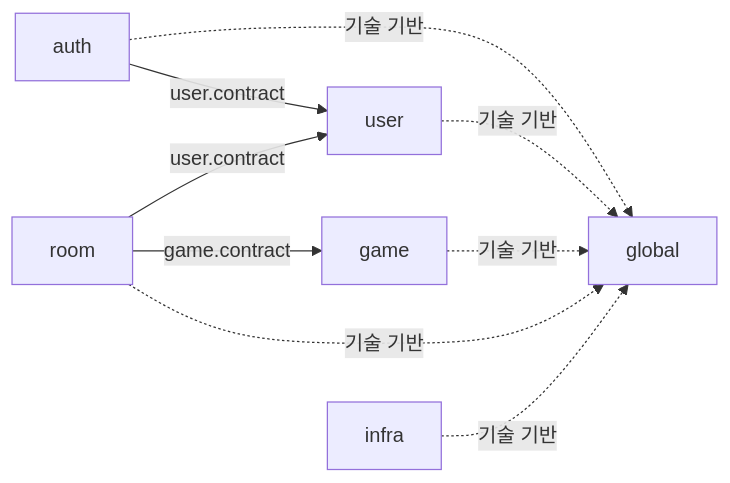
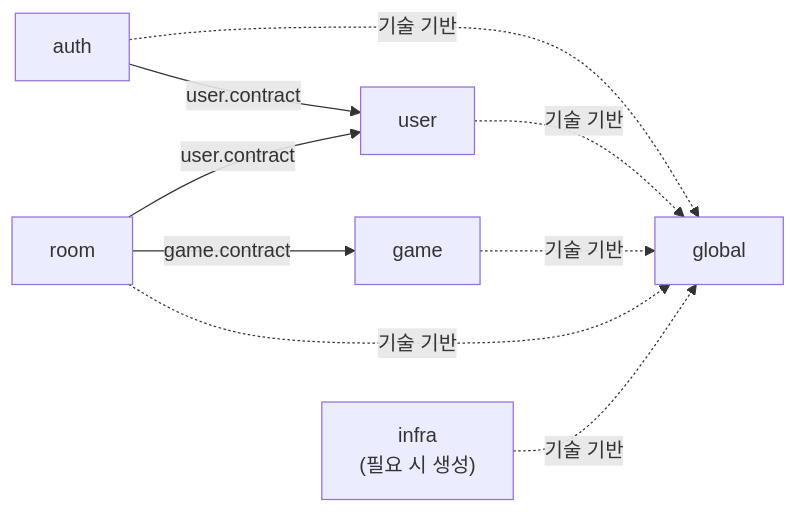
The first of 3 diagrams in docs/ARCHITECTURE.md (bamsongi-club/albam-mate), drawn with Mermaid before and after one commit. The commit also changed other lines of this file and 32 other files, not shown here.

````diff
--- a/docs/ARCHITECTURE.md
+++ b/docs/ARCHITECTURE.md
@@ -22,12 +47,12 @@
 ```mermaid
 flowchart LR
     auth["auth"] -->|"user.contract"| user["user"]
     room["room"] -->|"user.contract"| user
     room -->|"game.contract"| game["game"]
 
     auth -.->|"기술 기반"| global["global"]
     user -.->|"기술 기반"| global
     game -.->|"기술 기반"| global
     room -.->|"기술 기반"| global
-    infra["infra"] -.->|"기술 기반"| global
+    infra["infra<br/>(필요 시 생성)"] -.->|"기술 기반"| global
 ```
````
